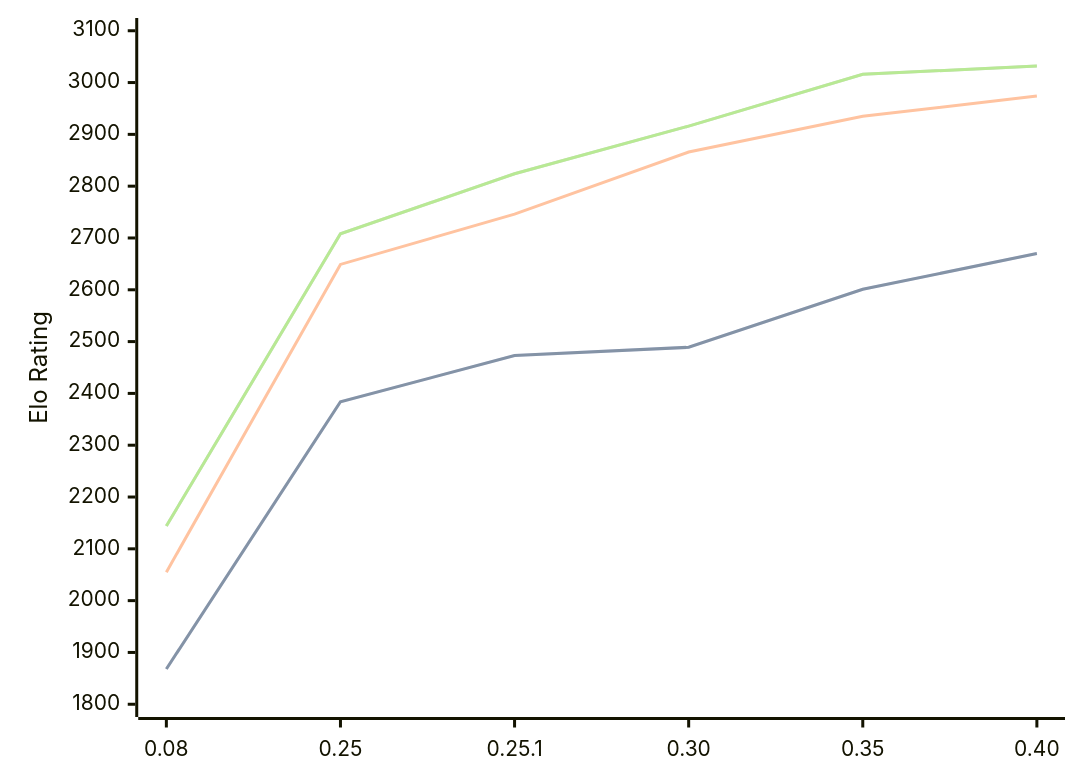
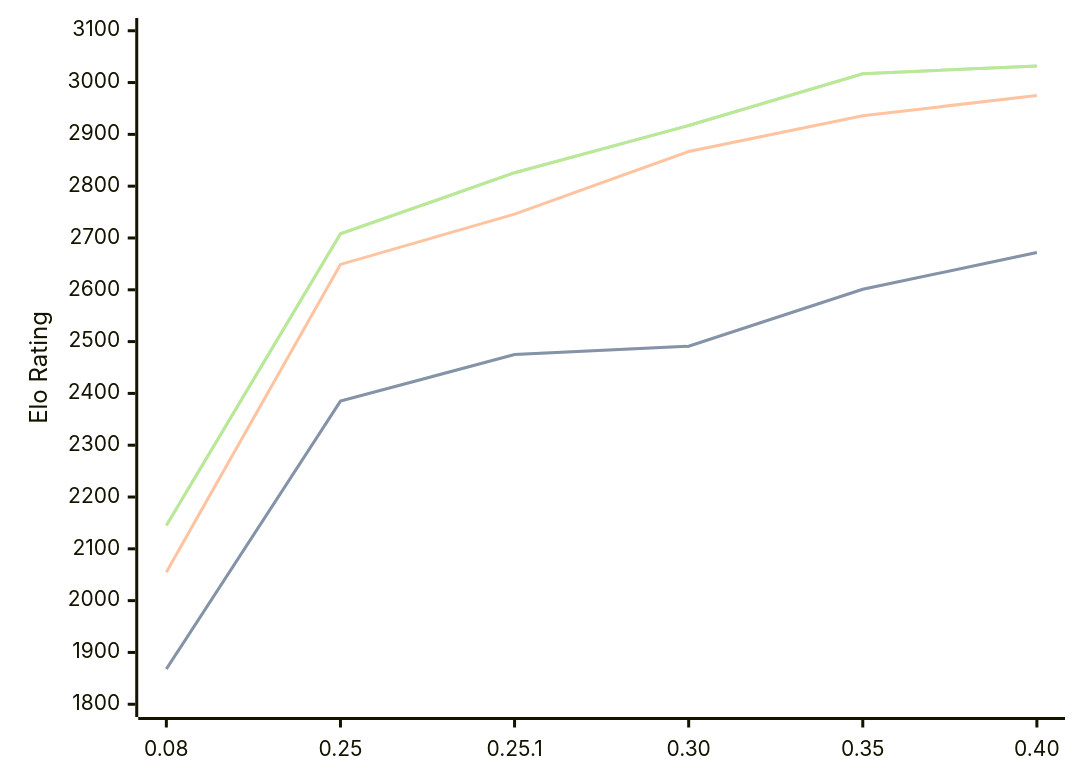
Before and after one commit to computer-chess-index/cci: the diagram in engines/Gecko.md, drawn with Mermaid. The commit also changed other lines of this file, not shown here.

Commit message:
Update CCI Ratings (ELO VLTC) - 2026-07-25

````diff
--- a/engines/Gecko.md
+++ b/engines/Gecko.md
@@ -36,11 +36,11 @@
 ```mermaid
 %%{init: {"theme":"base","themeVariables":{"seriesColors:['#a3a3a3','#222221','#faa371']}}}%%
 xychart-beta
   x-axis ["0.08", "0.25", "0.25.1", "0.30", "0.35", "0.40"]
   y-axis "Elo Rating" 1800 --> 3100
-  line "STC (8.0+0.08s)" [1868, 2384, 2473, 2489, 2601, 2670]
-  line "STC (8.0+0.08s)" [1868, 2384, 2473, 2489, 2601, 2670]
-  line "LTC (60.0+0.60s)" [2055, 2649, 2746, 2866, 2935, 2974]
-  line "VLTC (2m24s+1.12s)" [2144, 2708, 2824, 2916, 3016, 3032]
-  line "VLTC (2m24s+1.12s)" [2144, 2708, 2824, 2916, 3016, 3032]
+  line "STC (8.0+0.08s)" [1868, 2385, 2475, 2491, 2601, 2672]
+  line "STC (8.0+0.08s)" [1868, 2385, 2475, 2491, 2601, 2672]
+  line "LTC (60.0+0.60s)" [2055, 2649, 2746, 2867, 2936, 2975]
+  line "VLTC (2m24s+1.12s)" [2145, 2708, 2826, 2917, 3017, 3032]
+  line "VLTC (2m24s+1.12s)" [2145, 2708, 2826, 2917, 3017, 3032]
 ```
````
